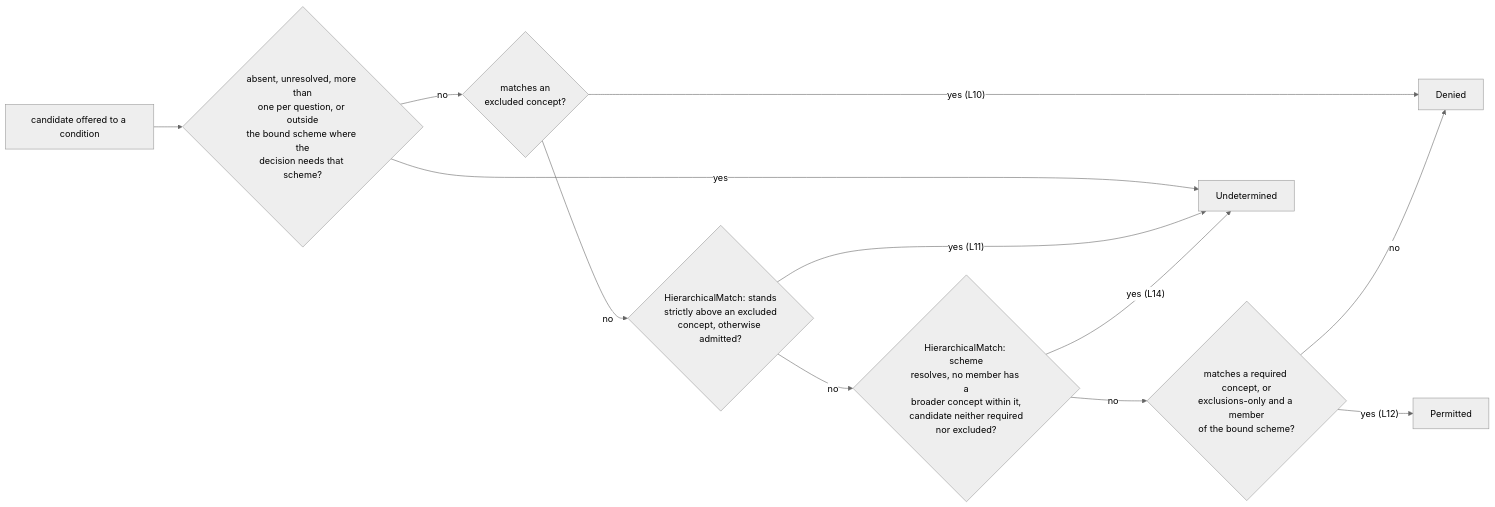
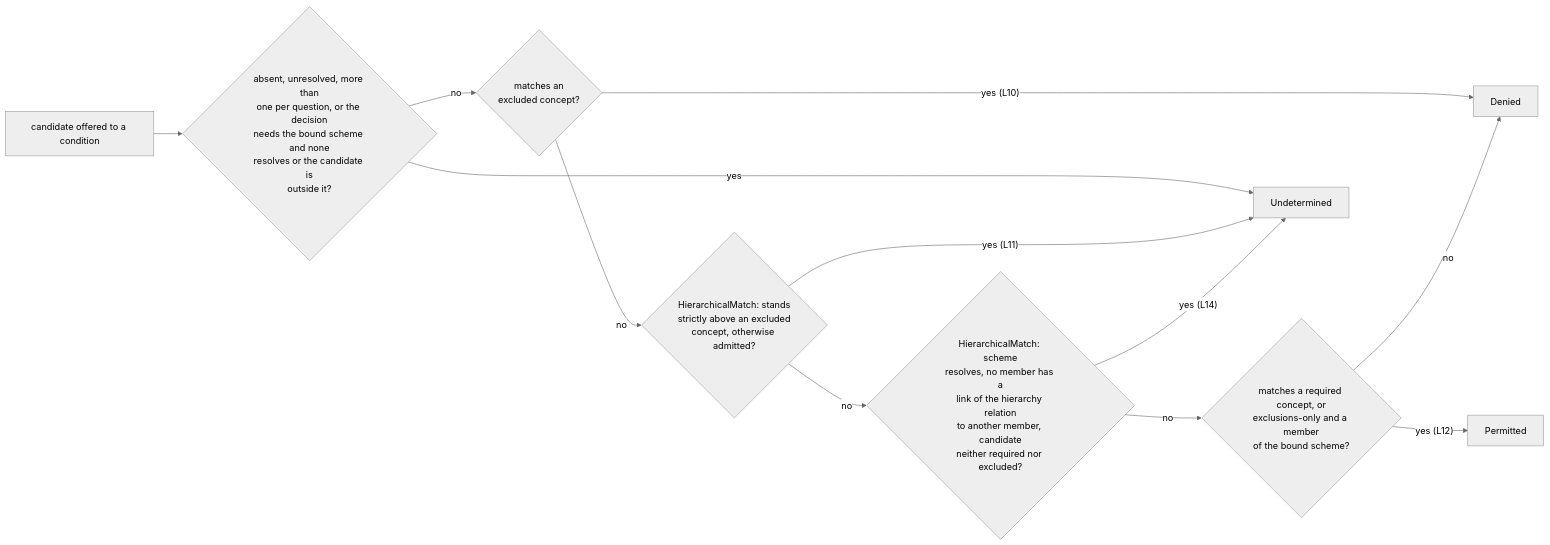
The fourth of 18 diagrams in ontology/eligibility/README.md (nebularis/lattice), drawn with Mermaid (neutral theme) before and after one commit. The commit also changed other lines of this file and 268 other files, not shown here.

````diff
--- a/ontology/eligibility/README.md
+++ b/ontology/eligibility/README.md
@@ -243,23 +261,23 @@
 ```mermaid
 flowchart LR
     Start["candidate offered to a condition"]
-    Absent{"absent, unresolved, more than<br/>one per question, or outside<br/>the bound scheme where the<br/>decision needs that scheme?"}
+    Absent{"absent, unresolved, more than<br/>one per question, or the decision<br/>needs the bound scheme and none<br/>resolves or the candidate is<br/>outside it?"}
     Excluded{"matches an<br/>excluded concept?"}
     AboveExcl{"HierarchicalMatch: stands<br/>strictly above an excluded<br/>concept, otherwise admitted?"}
-    NoClosure{"HierarchicalMatch: scheme<br/>resolves, no member has a<br/>broader concept within it,<br/>candidate neither required<br/>nor excluded?"}
+    NoClosure{"HierarchicalMatch: scheme<br/>resolves, no member has a<br/>link of the hierarchy relation<br/>to another member, candidate<br/>neither required nor excluded?"}
     Required{"matches a required concept, or<br/>exclusions-only and a member<br/>of the bound scheme?"}
     U["Undetermined"]
     D["Denied"]
     P["Permitted"]
     Start --> Absent
     Absent -- "yes" --> U
     Absent -- "no" --> Excluded
     Excluded -- "yes (L10)" --> D
     Excluded -- "no" --> AboveExcl
     AboveExcl -- "yes (L11)" --> U
     AboveExcl -- "no" --> NoClosure
     NoClosure -- "yes (L14)" --> U
     NoClosure -- "no" --> Required
     Required -- "yes (L12)" --> P
     Required -- "no" --> D
 ```
````
